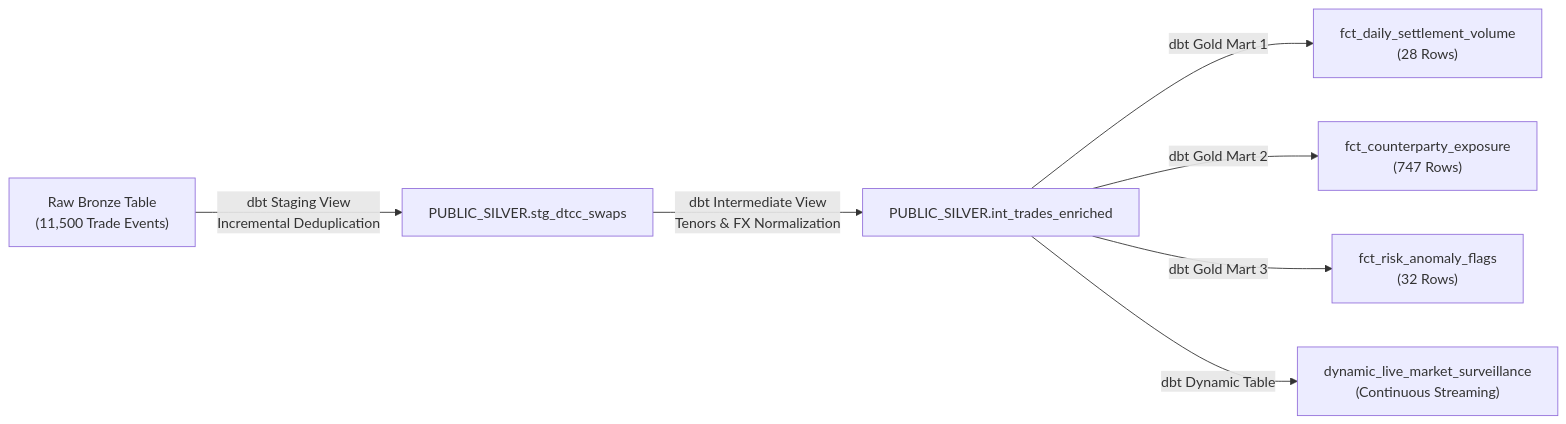
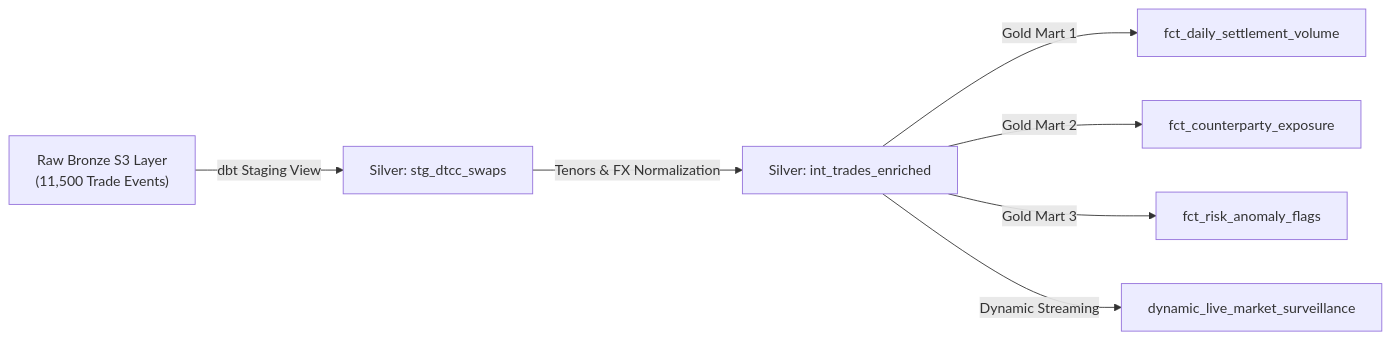
Before and after one commit to Abdullah-Program/omnitrade-open-lakehouse: the second of 3 diagrams in README.md, drawn with Mermaid. The commit also changed other lines of this file, not shown here.

Commit message:
fix(docs): optimize mermaid diagram syntax for GitHub rendering

````diff
--- a/README.md
+++ b/README.md
@@ -421,9 +421,9 @@
 ```mermaid
 flowchart LR
-    A["Raw Bronze Table<br/>(11,500 Trade Events)"] -->|"dbt Staging View<br/>Incremental Deduplication"| B["PUBLIC_SILVER.stg_dtcc_swaps"]
-    B -->|"dbt Intermediate View<br/>Tenors & FX Normalization"| C["PUBLIC_SILVER.int_trades_enriched"]
-    C -->|"dbt Gold Mart 1"| D["fct_daily_settlement_volume<br/>(28 Rows)"]
-    C -->|"dbt Gold Mart 2"| E["fct_counterparty_exposure<br/>(747 Rows)"]
-    C -->|"dbt Gold Mart 3"| F["fct_risk_anomaly_flags<br/>(32 Rows)"]
-    C -->|"dbt Dynamic Table"| G["dynamic_live_market_surveillance<br/>(Continuous Streaming)"]
+    A["Raw Bronze S3 Layer<br>(11,500 Trade Events)"] -->|dbt Staging View| B["Silver: stg_dtcc_swaps"]
+    B -->|Tenors & FX Normalization| C["Silver: int_trades_enriched"]
+    C -->|Gold Mart 1| D["fct_daily_settlement_volume"]
+    C -->|Gold Mart 2| E["fct_counterparty_exposure"]
+    C -->|Gold Mart 3| F["fct_risk_anomaly_flags"]
+    C -->|Dynamic Streaming| G["dynamic_live_market_surveillance"]
 ```
````
